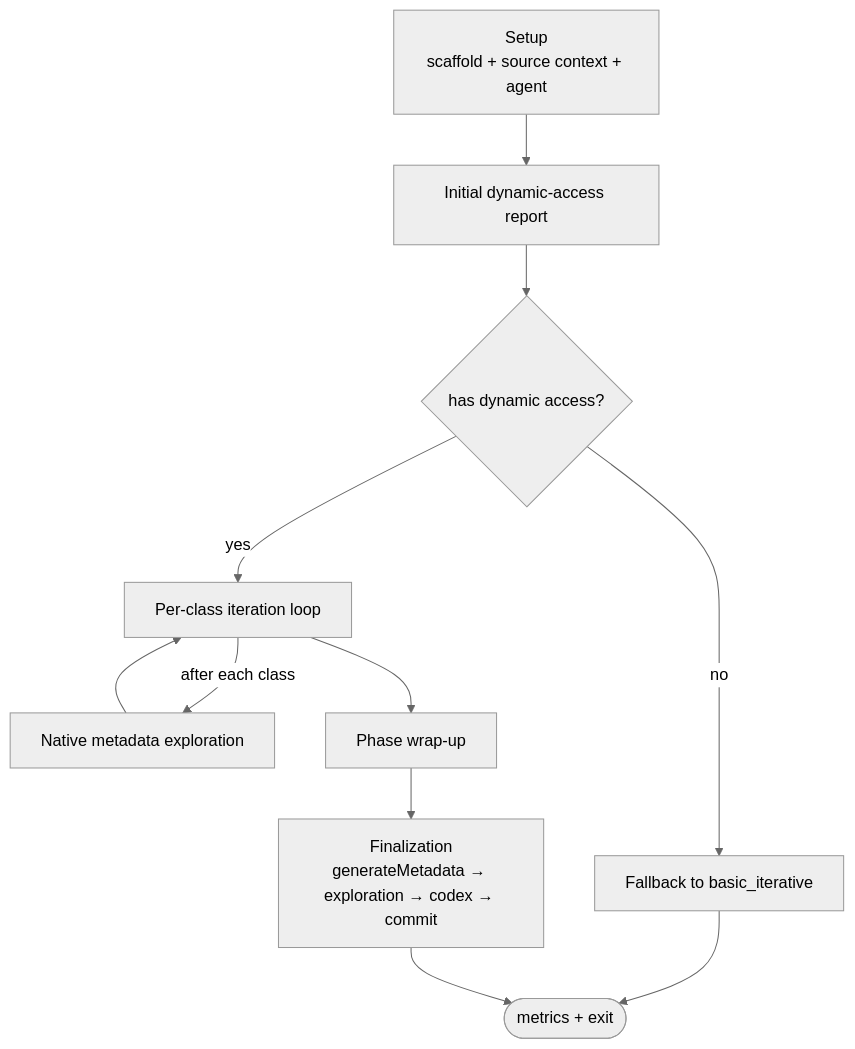
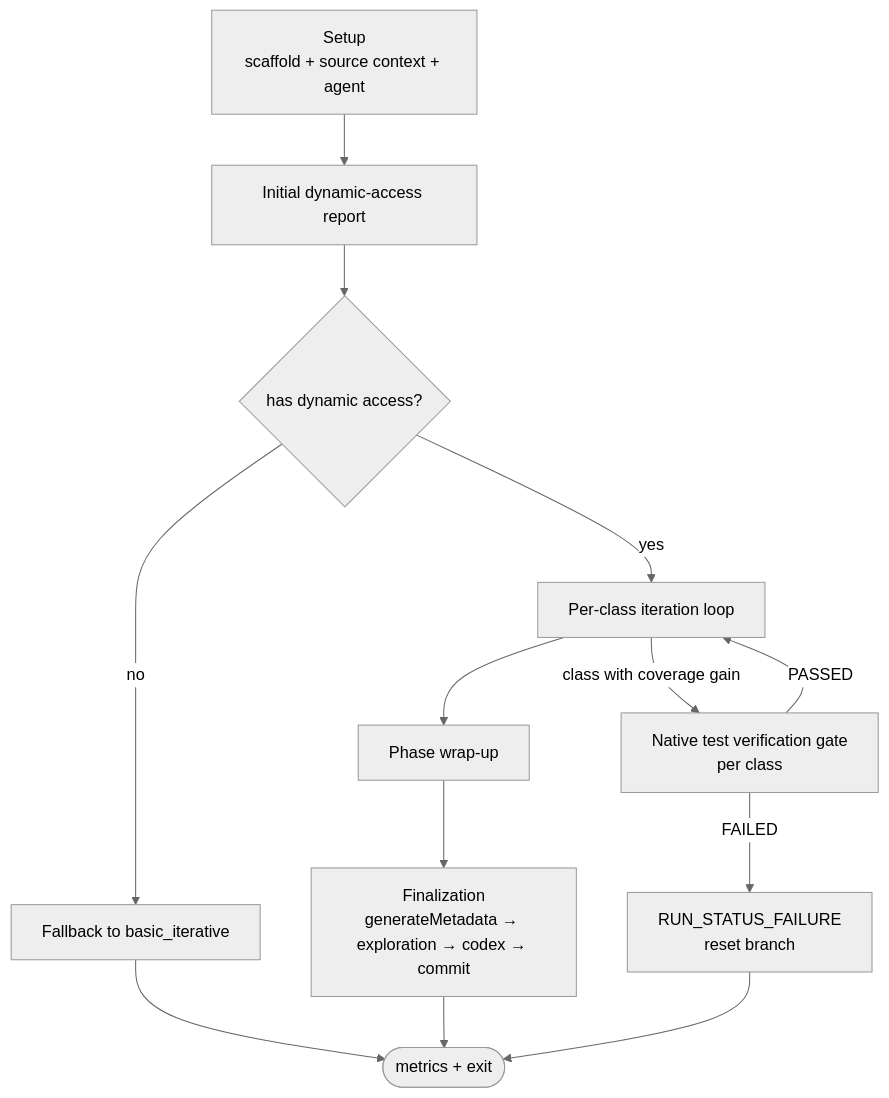
The first of 5 diagrams in forge/docs/dynamic-access-workflow.md (kimeta/graalvm-reachability-metadata), drawn with Mermaid (neutral theme) before and after one commit. The commit also changed other lines of this file and 4 other files, not shown here.

First line of the commit message:
forge/docs: spec native-test verification gate

````diff
--- a/forge/docs/dynamic-access-workflow.md
+++ b/forge/docs/dynamic-access-workflow.md
@@ -80,13 +82,15 @@
 ```mermaid
 flowchart TD
     Setup[Setup<br/>scaffold + source context + agent] --> Initial[Initial dynamic-access report]
     Initial --> Has{has dynamic access?}
     Has -- no --> Fallback[Fallback to basic_iterative]
     Has -- yes --> Loop[Per-class iteration loop]
-    Loop -- after each class --> Explore[Native metadata exploration]
-    Explore --> Loop
+    Loop -- "class with coverage gain" --> Gate[Native test verification gate<br/>per class]
+    Gate -- PASSED --> Loop
+    Gate -- FAILED --> HardFail[RUN_STATUS_FAILURE<br/>reset branch]
     Loop --> Wrap[Phase wrap-up]
     Wrap --> Final[Finalization<br/>generateMetadata &rarr; exploration &rarr; codex &rarr; commit]
     Fallback --> End([metrics + exit])
     Final --> End
+    HardFail --> End
 ```
````
